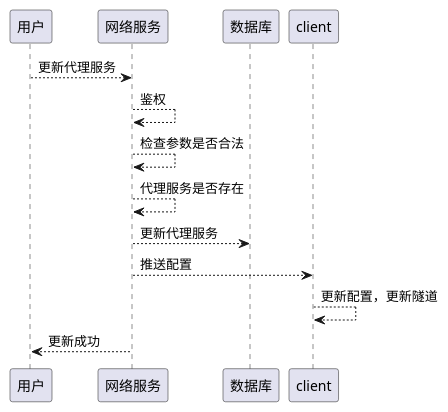
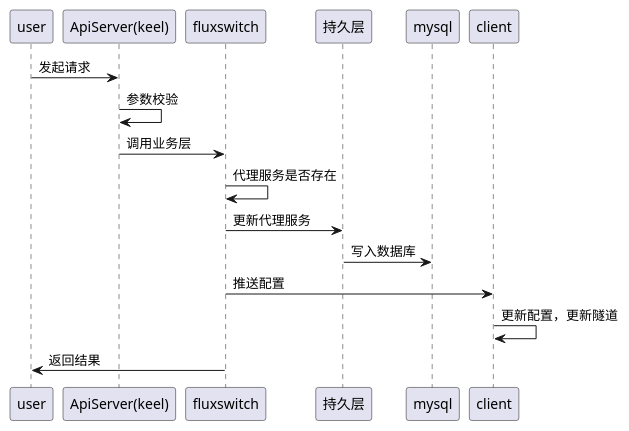
Diagram 11 of 12 in docs/api/appendix/plantuml/fluxswitch.md (tkeel-io/docs), drawn with PlantUML before and after one commit. The commit also changed other lines of this file and 2 other files, not shown here.

Commit message:
feat: update plugin manager uml & fluxswicth manager

````diff
--- a/docs/api/appendix/plantuml/fluxswitch.md
+++ b/docs/api/appendix/plantuml/fluxswitch.md
@@ -262,16 +300,19 @@
 ```plantuml
+@startuml
+participant "user" as user
+participant "ApiServer(keel)" as keel
+participant "fluxswitch" as fluxswitch
+participant "持久层" as dblayer
+participant "mysql" as mysql
 
-participant "用户" as user
-participant "网络服务" as fluxswitch
-participant "数据库"  as db
-
-user --> fluxswitch : 更新代理服务
-fluxswitch --> fluxswitch : 鉴权
-fluxswitch --> fluxswitch : 检查参数是否合法
-fluxswitch --> fluxswitch : 代理服务是否存在
-fluxswitch --> db : 更新代理服务
-fluxswitch --> client : 推送配置
-client --> client : 更新配置，更新隧道
-fluxswitch --> user : 更新成功
-
+user -> keel : 发起请求
+keel -> keel : 参数校验 
+keel -> fluxswitch : 调用业务层
+fluxswitch -> fluxswitch : 代理服务是否存在
+fluxswitch -> dblayer : 更新代理服务
+dblayer -> mysql : 写入数据库
+fluxswitch -> client : 推送配置
+client -> client : 更新配置，更新隧道
+fluxswitch -> user : 返回结果
+@enduml
 ```
````
